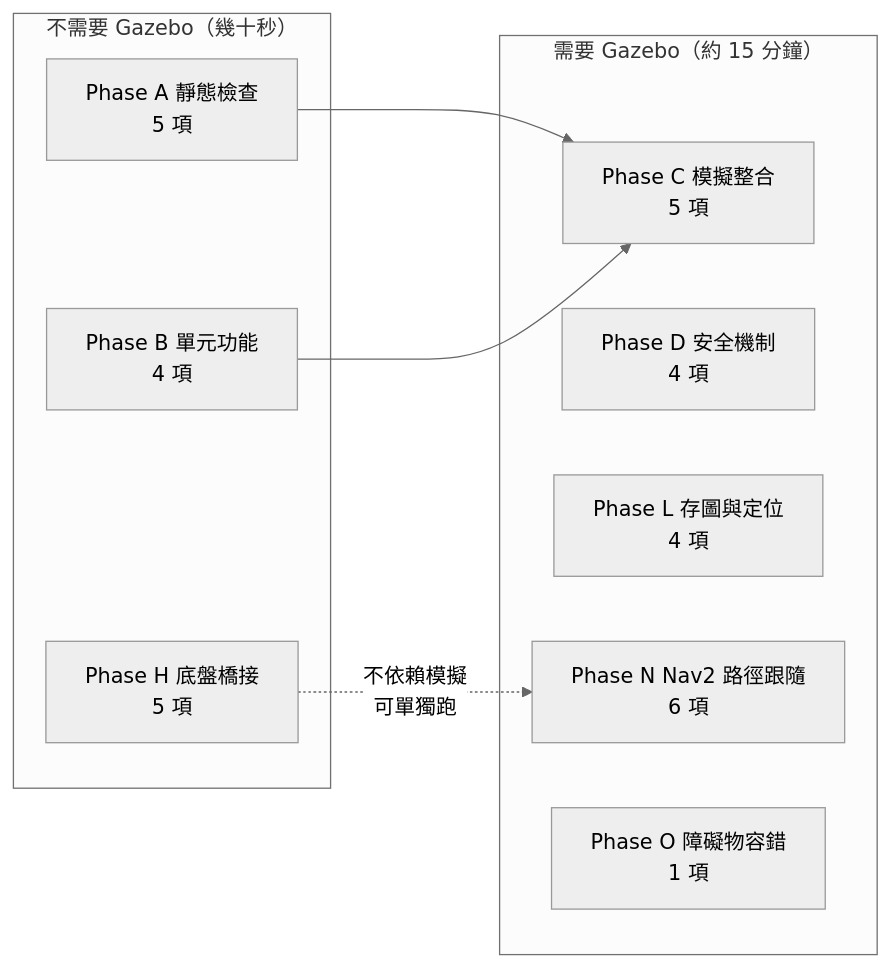
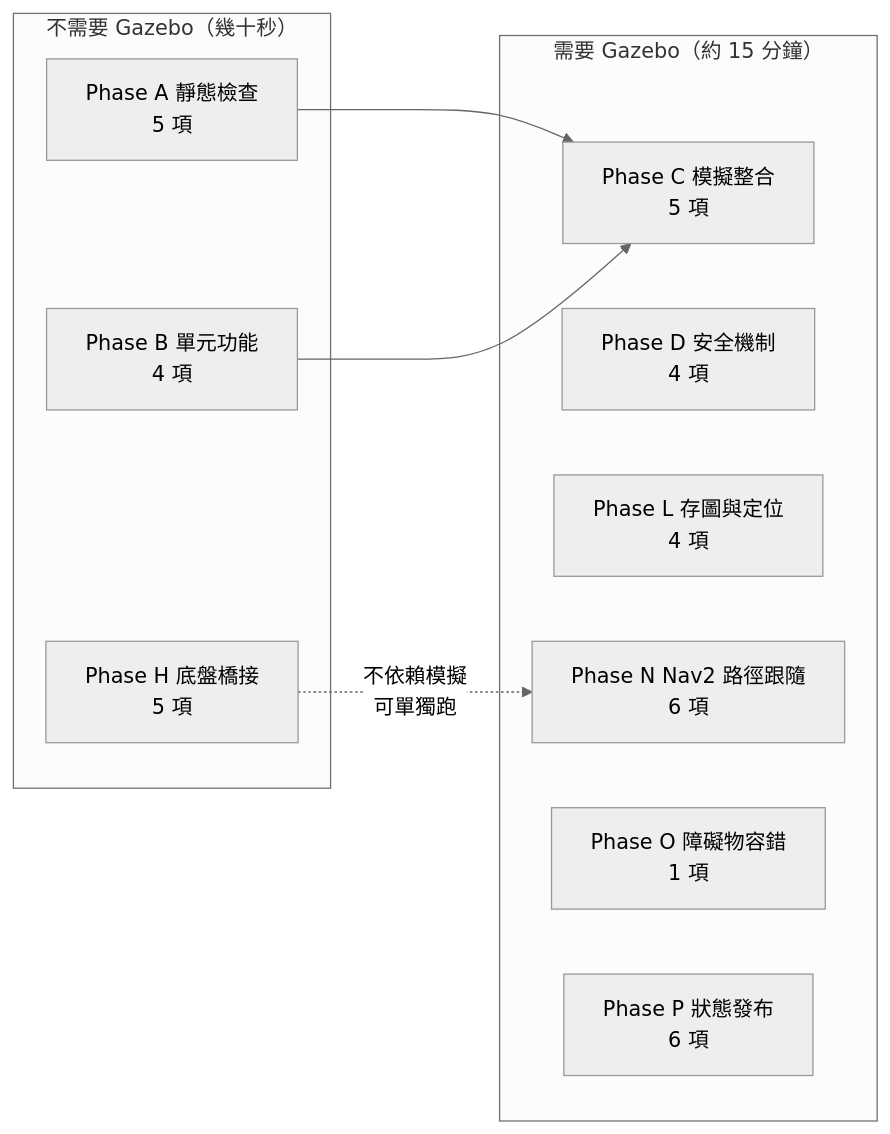
The sixth of 7 diagrams in docs/architecture.md (a04151997/mowerbot), drawn with Mermaid (neutral theme) before and after one commit. The commit also changed other lines of this file and 11 other files, not shown here.

````diff
--- a/docs/architecture.md
+++ b/docs/architecture.md
@@ -185,18 +193,19 @@
 ```mermaid
 graph LR
     subgraph 不需要模擬器["不需要 Gazebo（幾十秒）"]
         A["Phase A 靜態檢查<br/>5 項"]
         B["Phase B 單元功能<br/>4 項"]
         H["Phase H 底盤橋接<br/>5 項"]
     end
     subgraph 需要模擬器["需要 Gazebo（約 15 分鐘）"]
         C["Phase C 模擬整合<br/>5 項"]
         D["Phase D 安全機制<br/>4 項"]
         L["Phase L 存圖與定位<br/>4 項"]
         N["Phase N Nav2 路徑跟隨<br/>6 項"]
         O["Phase O 障礙物容錯<br/>1 項"]
+        P["Phase P 狀態發布<br/>6 項"]
     end
     A --> C
     B --> C
     H -.->|"不依賴模擬<br/>可單獨跑"| N
 ```
````
